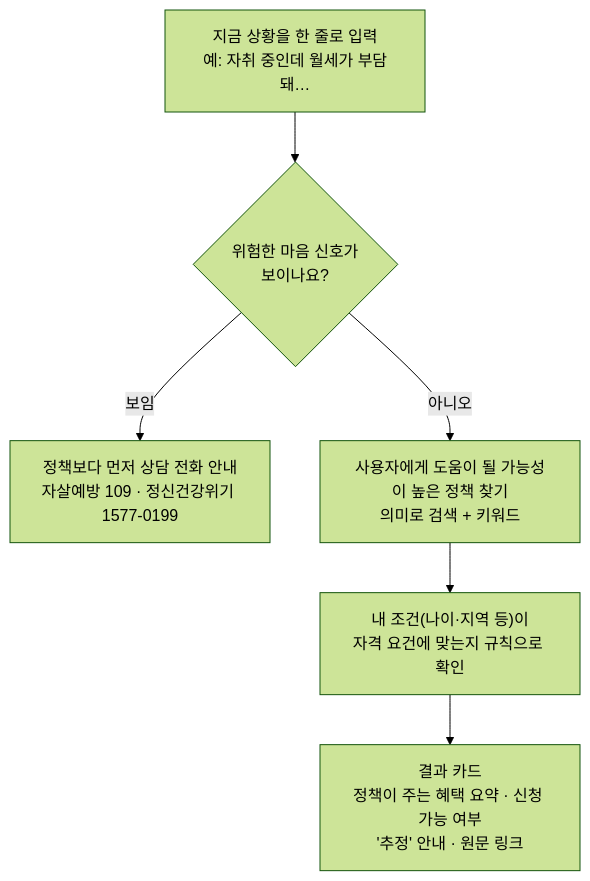
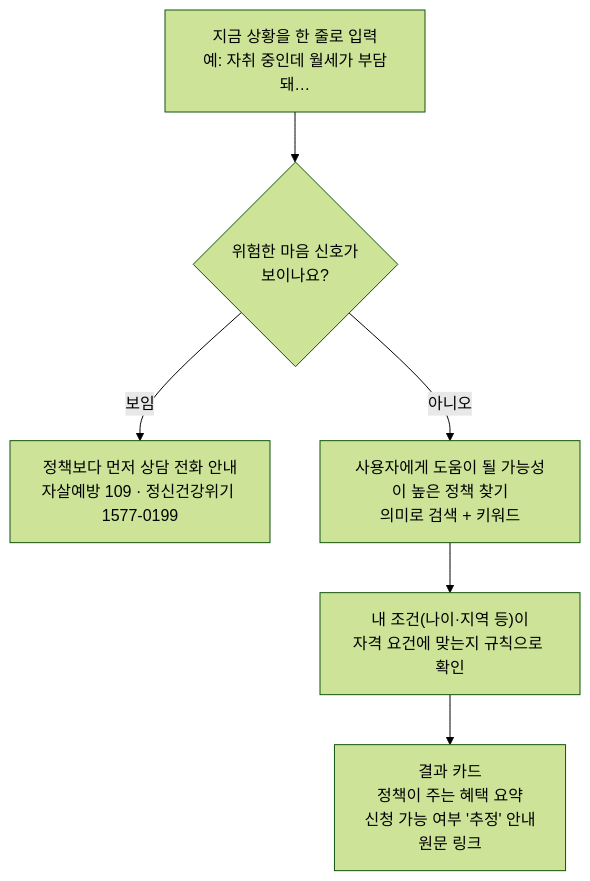
The diagram in README.md (slowdive14/cheongnyeon), drawn with Mermaid (forest theme) before and after one commit.

Commit message:
Improve formatting in README for result card section
Updated the formatting of the result card description for better readability.

````diff
--- a/README.md
+++ b/README.md
@@ -30,8 +30,8 @@
 ```mermaid
 flowchart TD
     A["지금 상황을 한 줄로 입력<br/>예: 자취 중인데 월세가 부담돼…"] --> B{"위험한 마음 신호가<br/>보이나요?"}
     B -->|보임| C["정책보다 먼저 상담 전화 안내<br/>자살예방 109 · 정신건강위기 1577-0199"]
     B -->|아니오| D["사용자에게 도움이 될 가능성이 높은 정책 찾기<br/>의미로 검색 + 키워드"]
     D --> E["내 조건(나이·지역 등)이<br/>자격 요건에 맞는지 규칙으로 확인"]
-    E --> F["결과 카드<br/>정책이 주는 혜택 요약 · 신청 가능 여부<br/>'추정' 안내 · 원문 링크"]
+    E --> F["결과 카드<br/>정책이 주는 혜택 요약<br/>신청 가능 여부 '추정' 안내<br/>원문 링크"]
 ```
````
